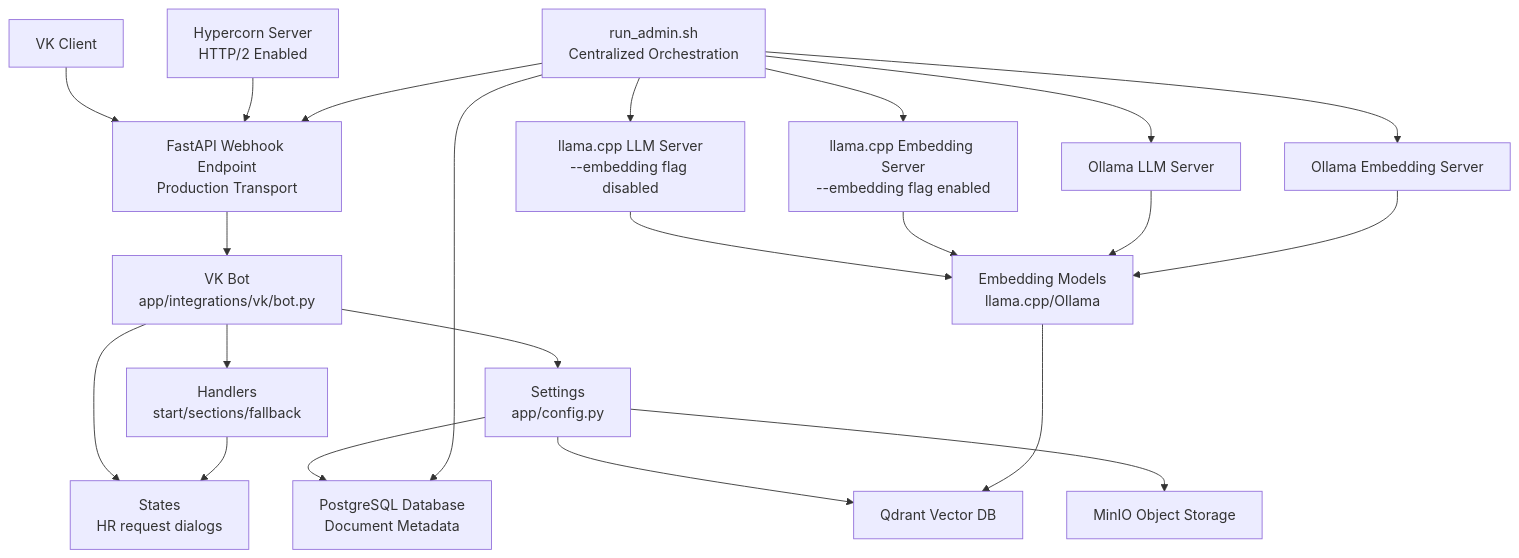
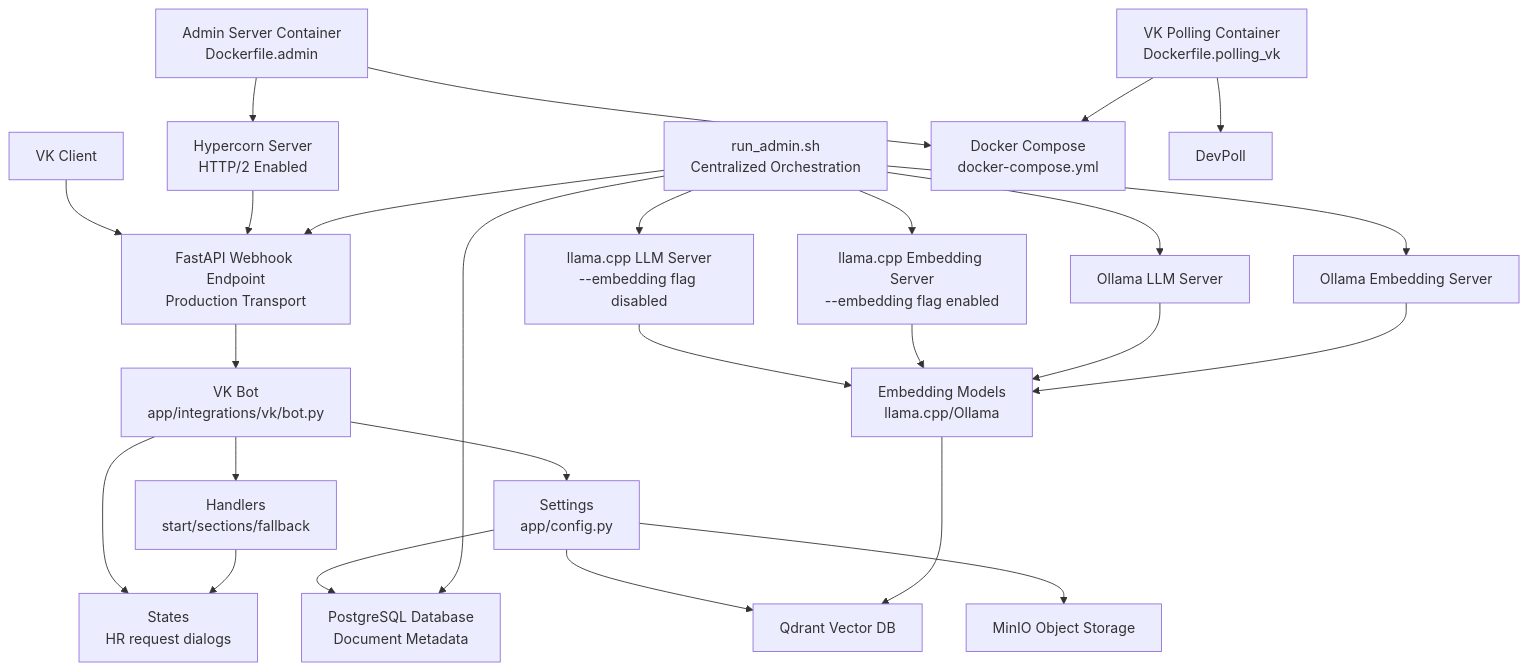
One commit to ognelis/cafetera_hr_bot changed the second of 17 diagrams in .qoder/repowiki/en/content/Deployment and Operations.md. Above: the diagram before and after it, drawn with Mermaid. The commit also changed other lines of this file and 10 other files, not shown here.

````diff
--- a/.qoder/repowiki/en/content/Deployment and Operations.md
+++ b/.qoder/repowiki/en/content/Deployment and Operations.md
@@ -187,40 +212,47 @@
 ```mermaid
 graph TB
 Client["VK Client"]
 Webhook["FastAPI Webhook Endpoint<br/>Production Transport"]
 Bot["VK Bot<br/>app/integrations/vk/bot.py"]
 Handlers["Handlers<br/>start/sections/fallback"]
 States["States<br/>HR request dialogs"]
 Config["Settings<br/>app/config.py"]
 PostgreSQL["PostgreSQL Database<br/>Document Metadata"]
 Qdrant["Qdrant Vector DB"]
 MinIO["MinIO Object Storage"]
 Embeddings["Embedding Models<br/>llama.cpp/Ollama"]
 LlamaLLM["llama.cpp LLM Server<br/>--embedding flag disabled"]
 LlamaEmbed["llama.cpp Embedding Server<br/>--embedding flag enabled"]
 OllamaLLM["Ollama LLM Server"]
 OllamaEmbed["Ollama Embedding Server"]
 Hypercorn["Hypercorn Server<br/>HTTP/2 Enabled"]
 Orchestrator["run_admin.sh<br/>Centralized Orchestration"]
+AdminDocker["Admin Server Container<br/>Dockerfile.admin"]
+VKDocker["VK Polling Container<br/>Dockerfile.polling_vk"]
+DockerCompose["Docker Compose<br/>docker-compose.yml"]
 Client --> Webhook
 Webhook --> Bot
 Bot --> Handlers
 Bot --> States
 Bot --> Config
 Handlers --> States
 Config --> PostgreSQL
 Config --> Qdrant
 Config --> MinIO
 Embeddings --> Qdrant
 LlamaLLM --> Embeddings
 LlamaEmbed --> Embeddings
 OllamaLLM --> Embeddings
 OllamaEmbed --> Embeddings
 Hypercorn --> Webhook
 Orchestrator --> Webhook
 Orchestrator --> LlamaLLM
 Orchestrator --> LlamaEmbed
 Orchestrator --> OllamaLLM
 Orchestrator --> OllamaEmbed
 Orchestrator --> PostgreSQL
+AdminDocker --> Hypercorn
+AdminDocker --> DockerCompose
+VKDocker --> DevPoll
+VKDocker --> DockerCompose
 ```
````
